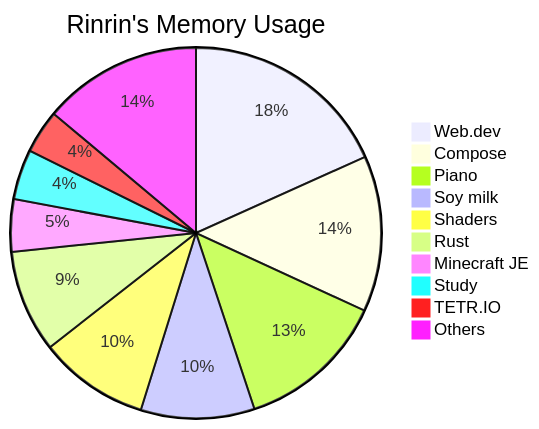
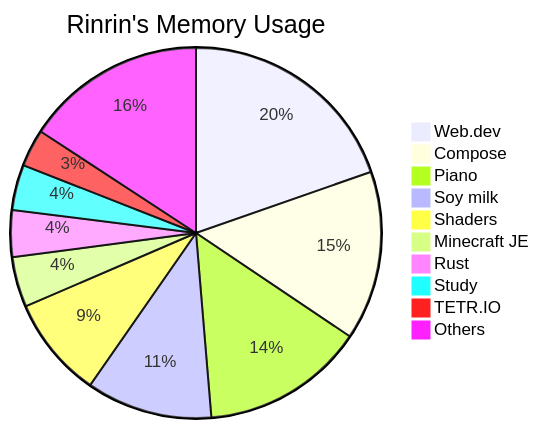
Before and after one commit to Rinrin0413/Rinrin0413: the diagram in README.md, drawn with Mermaid.

Commit message:
🛠 Update: Rinrin's Memory Usage

````diff
--- a/README.md
+++ b/README.md
@@ -76,13 +76,13 @@
 ```mermaid
 pie title Rinrin's Memory Usage
-    "Web.dev": 188
-    "Compose": 140
-    "Piano": 134
-    "Soy milk": 102
-    "Shaders": 99
-    "Rust": 92
-    "Minecraft JE": 47
-    "Study": 45
-    "TETR.IO": 39
-    "Others": 143
+    "Web.dev": 193
+    "Compose": 145
+    "Piano": 140
+    "Soy milk": 108
+    "Shaders": 87
+    "Minecraft JE": 43
+    "Rust": 40
+    "Study": 39
+    "TETR.IO": 32
+    "Others": 155
 ```
````
